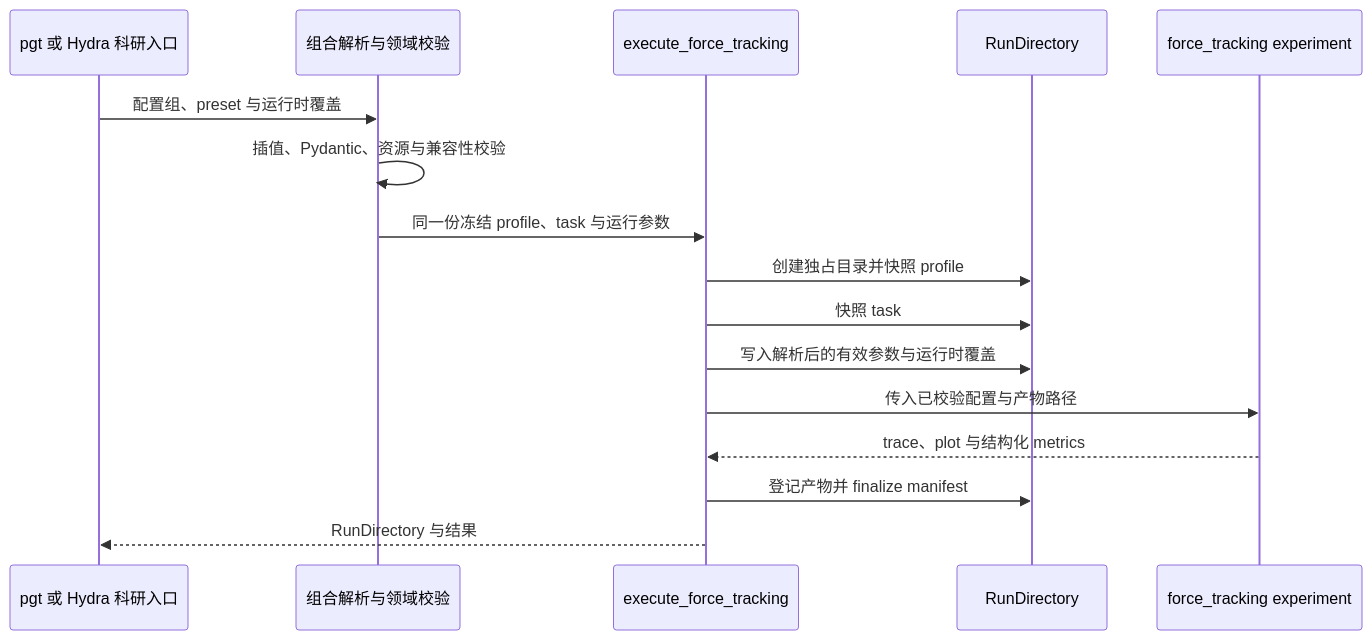
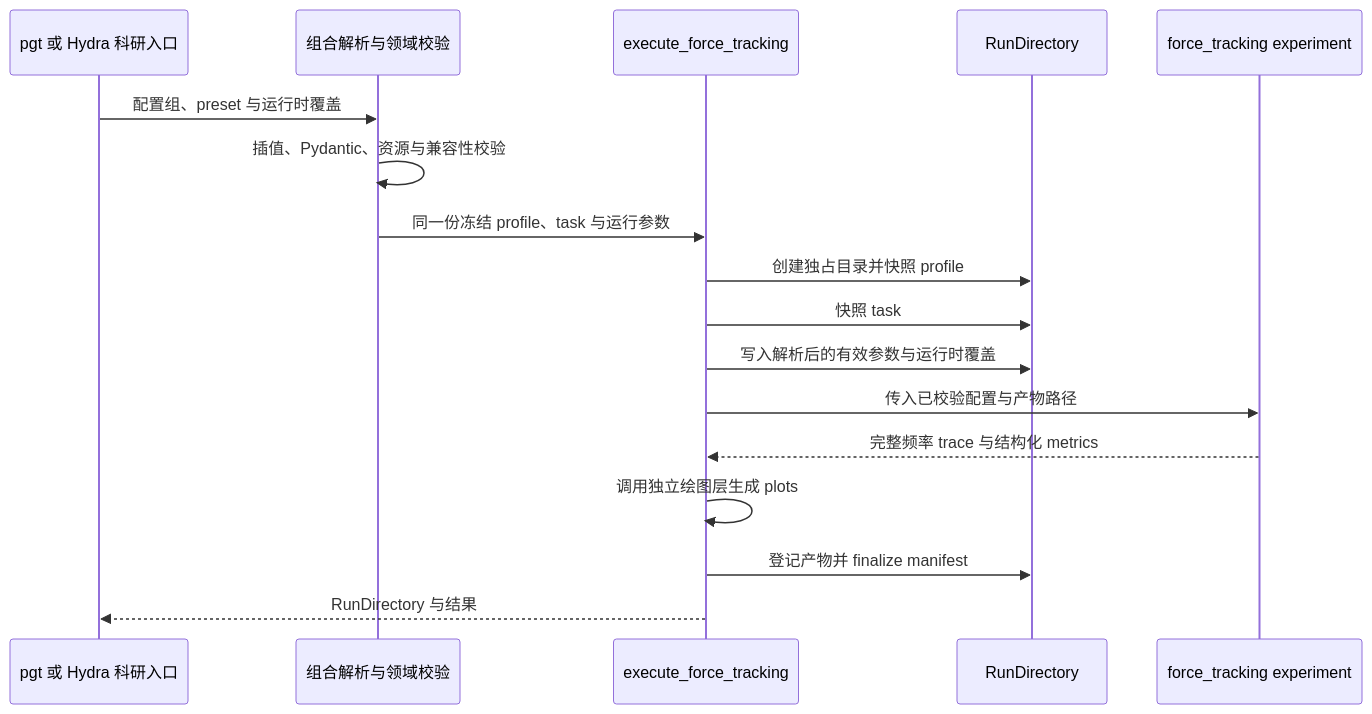
Before and after one commit to langxin11/parallel_gripper_tactile: the second of 2 diagrams in docs/architecture.md, drawn with Mermaid. The commit also changed other lines of this file and 5 other files, not shown here.

First line of the commit message:
docs: 同步 force-track 绘图层与 trace v2 说明

````diff
--- a/docs/architecture.md
+++ b/docs/architecture.md
@@ -94,19 +94,20 @@
 ```mermaid
 sequenceDiagram
   participant E as pgt 或 Hydra 科研入口
   participant C as 组合解析与领域校验
   participant R as execute_force_tracking
   participant A as RunDirectory
   participant X as force_tracking experiment
 
   E->>C: 配置组、preset 与运行时覆盖
   C->>C: 插值、Pydantic、资源与兼容性校验
   C->>R: 同一份冻结 profile、task 与运行参数
   R->>A: 创建独占目录并快照 profile
   R->>A: 快照 task
   R->>A: 写入解析后的有效参数与运行时覆盖
   R->>X: 传入已校验配置与产物路径
-  X-->>R: trace、plot 与结构化 metrics
+  X-->>R: 完整频率 trace 与结构化 metrics
+  R->>R: 调用独立绘图层生成 plots
   R->>A: 登记产物并 finalize manifest
   R-->>E: RunDirectory 与结果
 ```
````
